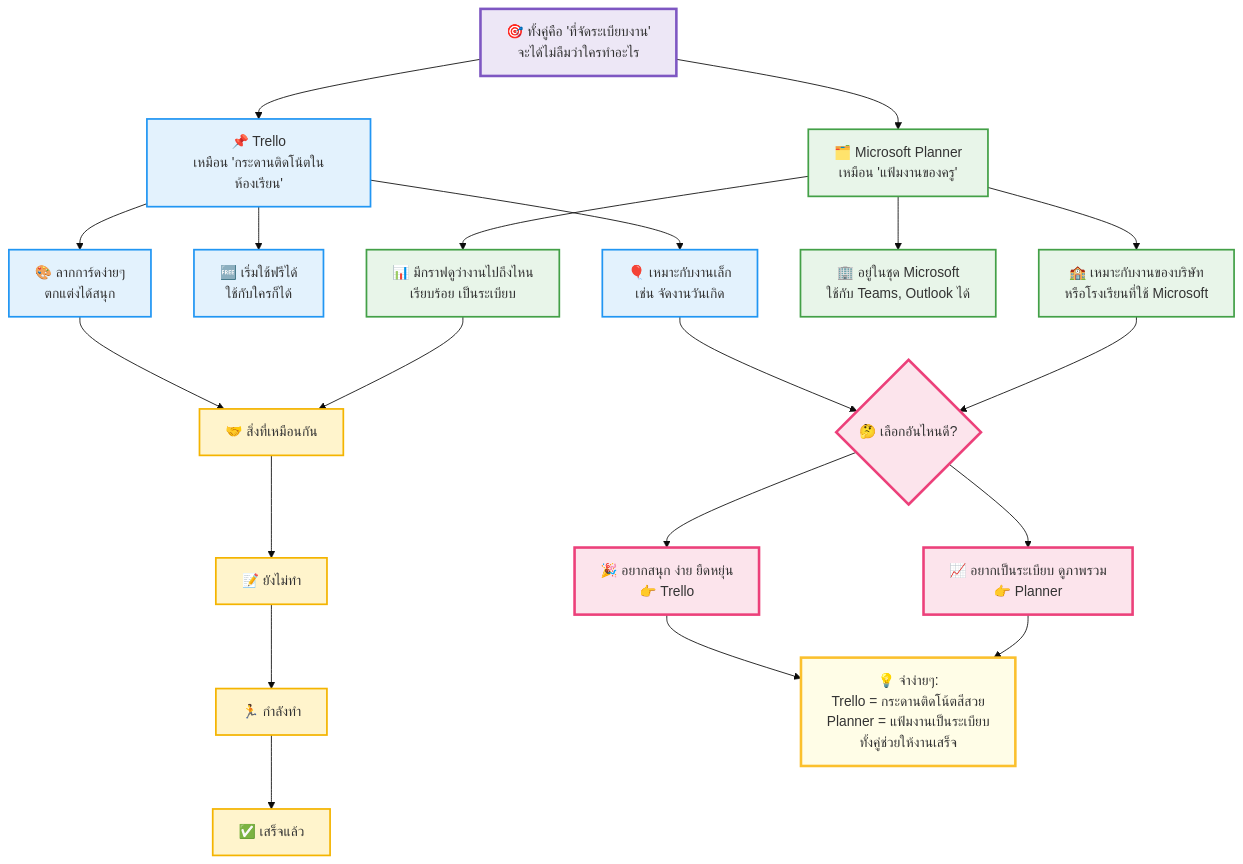
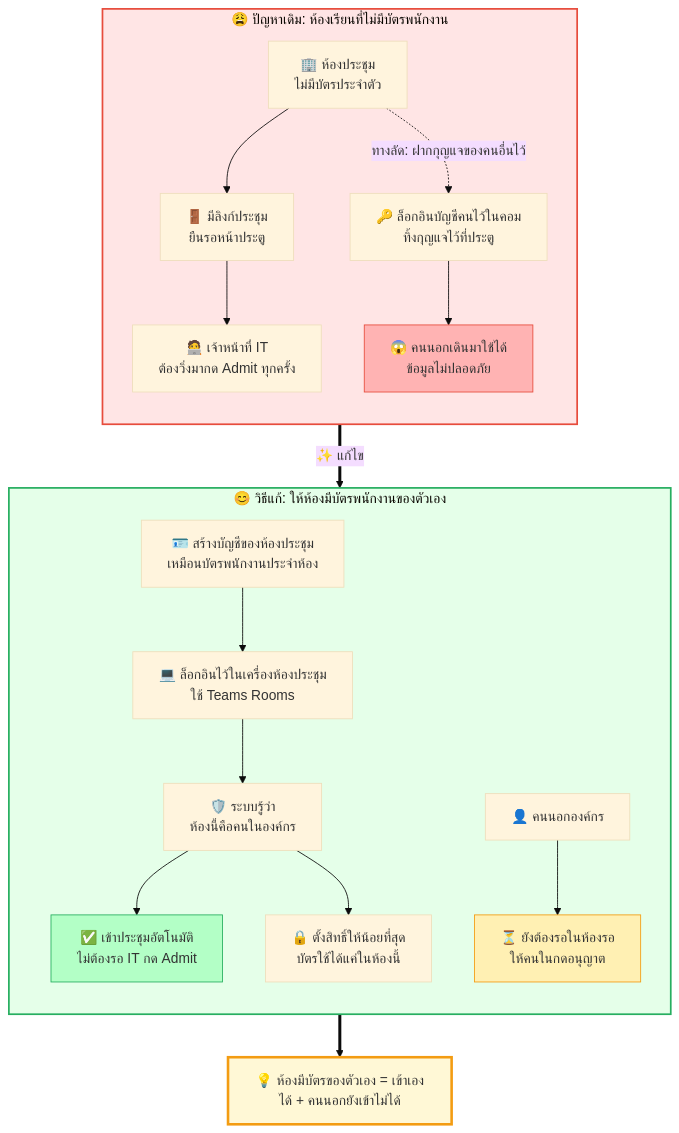
Before and after one commit to sumet-y/page: the diagram in mermaid/README.md, drawn with Mermaid (base theme).

````diff
--- a/mermaid/README.md
+++ b/mermaid/README.md
@@ -1,46 +1,30 @@
 ```mermaid
-flowchart TB
-    T["🎯 ทั้งคู่คือ 'ที่จัดระเบียบงาน'<br/>จะได้ไม่ลืมว่าใครทำอะไร"]
+flowchart TD
+    subgraph P["😩 ปัญหาเดิม: ห้องเรียนที่ไม่มีบัตรพนักงาน"]
+        direction TB
+        A["🏢 ห้องประชุม<br/>ไม่มีบัตรประจำตัว"] --> B["🚪 มีลิงก์ประชุม<br/>ยืนรอหน้าประตู"]
+        B --> C["🧑‍💻 เจ้าหน้าที่ IT<br/>ต้องวิ่งมากด Admit ทุกครั้ง"]
+        A -.->|"ทางลัด: ฝากกุญแจของคนอื่นไว้"| D["🔑 ล็อกอินบัญชีคนไว้ในคอม<br/>ทิ้งกุญแจไว้ที่ประตู"]
+        D --> E["😱 คนนอกเดินมาใช้ได้<br/>ข้อมูลไม่ปลอดภัย"]
+    end
 
-    T --> L["📌 Trello<br/>เหมือน 'กระดานติดโน้ตในห้องเรียน'"]
-    T --> R["🗂️ Microsoft Planner<br/>เหมือน 'แฟ้มงานของครู'"]
+    P ==>|"✨ แก้ไข"| S
 
-    L --> L1["🎨 ลากการ์ดง่ายๆ<br/>ตกแต่งได้สนุก"]
-    L --> L2["🆓 เริ่มใช้ฟรีได้<br/>ใช้กับใครก็ได้"]
-    L --> L3["🎈 เหมาะกับงานเล็ก<br/>เช่น จัดงานวันเกิด"]
+    subgraph S["😊 วิธีแก้: ให้ห้องมีบัตรพนักงานของตัวเอง"]
+        direction TB
+        F["🪪 สร้างบัญชีของห้องประชุม<br/>เหมือนบัตรพนักงานประจำห้อง"] --> G["💻 ล็อกอินไว้ในเครื่องห้องประชุม<br/>ใช้ Teams Rooms"]
+        G --> H["🛡️ ระบบรู้ว่า<br/>ห้องนี้คือคนในองค์กร"]
+        H --> I["✅ เข้าประชุมอัตโนมัติ<br/>ไม่ต้องรอ IT กด Admit"]
+        H --> J["🔒 ตั้งสิทธิ์ให้น้อยที่สุด<br/>บัตรใช้ได้แค่ในห้องนี้"]
+        K["👤 คนนอกองค์กร"] --> L["⏳ ยังต้องรอในห้องรอ<br/>ให้คนในกดอนุญาต"]
+    end
 
-    R --> R1["📊 มีกราฟดูว่างานไปถึงไหน<br/>เรียบร้อย เป็นระเบียบ"]
-    R --> R2["🏢 อยู่ในชุด Microsoft<br/>ใช้กับ Teams, Outlook ได้"]
-    R --> R3["🏫 เหมาะกับงานของบริษัท<br/>หรือโรงเรียนที่ใช้ Microsoft"]
+    S ==> Z["💡 ห้องมีบัตรของตัวเอง = เข้าเองได้ + คนนอกยังเข้าไม่ได้"]
 
-    L1 --> S["🤝 สิ่งที่เหมือนกัน"]
-    R1 --> S
-
-    S --> S1["📝 ยังไม่ทำ"]
-    S1 --> S2["🏃 กำลังทำ"]
-    S2 --> S3["✅ เสร็จแล้ว"]
-
-    L3 --> Q{"🤔 เลือกอันไหนดี?"}
-    R3 --> Q
-
-    Q --> Q1["🎉 อยากสนุก ง่าย ยืดหยุ่น<br/>👉 Trello"]
-    Q --> Q2["📈 อยากเป็นระเบียบ ดูภาพรวม<br/>👉 Planner"]
-
-    M["💡 จำง่ายๆ:<br/>Trello = กระดานติดโน้ตสีสวย<br/>Planner = แฟ้มงานเป็นระเบียบ<br/>ทั้งคู่ช่วยให้งานเสร็จ"]
-    Q1 --> M
-    Q2 --> M
-
-    classDef top fill:#EDE7F6,stroke:#7E57C2,stroke-width:3px,color:#333
-    classDef trello fill:#E3F2FD,stroke:#2196F3,stroke-width:2px,color:#333
-    classDef planner fill:#E8F5E9,stroke:#43A047,stroke-width:2px,color:#333
-    classDef same fill:#FFF4CC,stroke:#F4B400,stroke-width:2px,color:#333
-    classDef ask fill:#FCE4EC,stroke:#EC407A,stroke-width:3px,color:#333
-    classDef memo fill:#FFFDE7,stroke:#FBC02D,stroke-width:3px,color:#333
-
-    class T top
-    class L,L1,L2,L3 trello
-    class R,R1,R2,R3 planner
-    class S,S1,S2,S3 same
-    class Q,Q1,Q2 ask
-    class M memo
+    style P fill:#ffe5e5,stroke:#e74c3c,stroke-width:2px
+    style S fill:#e5ffe9,stroke:#27ae60,stroke-width:2px
+    style Z fill:#fff8d6,stroke:#f39c12,stroke-width:3px
+    style E fill:#ffb3b3,stroke:#e74c3c
+    style I fill:#b3ffc6,stroke:#27ae60
+    style L fill:#fff0b3,stroke:#f39c12
 ```
````
